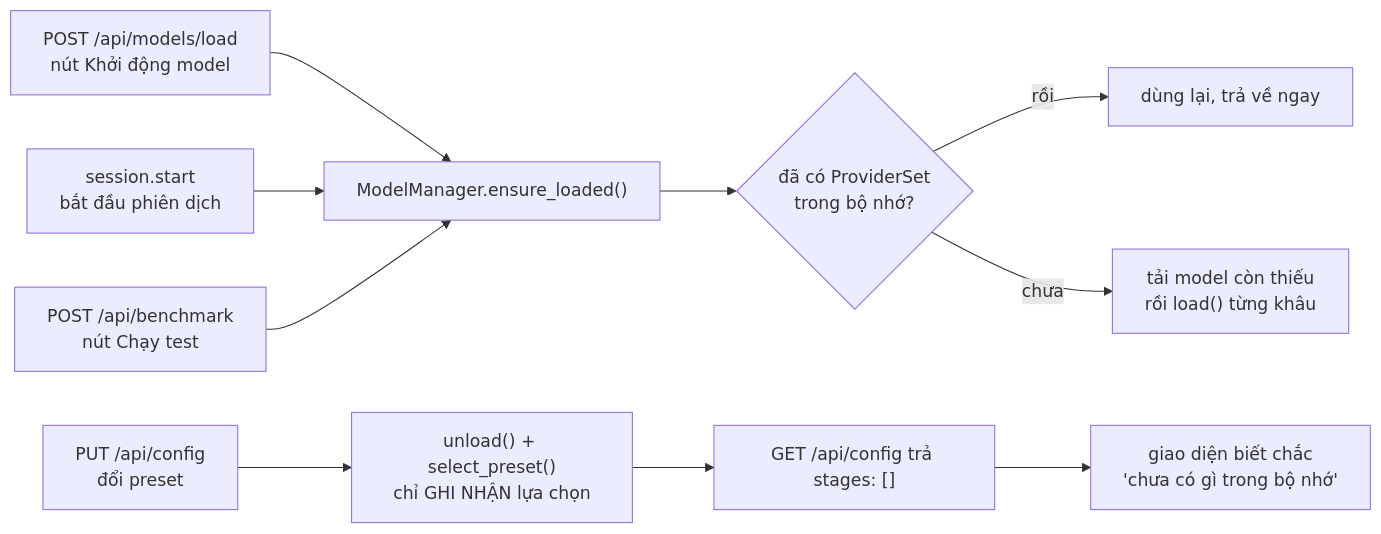
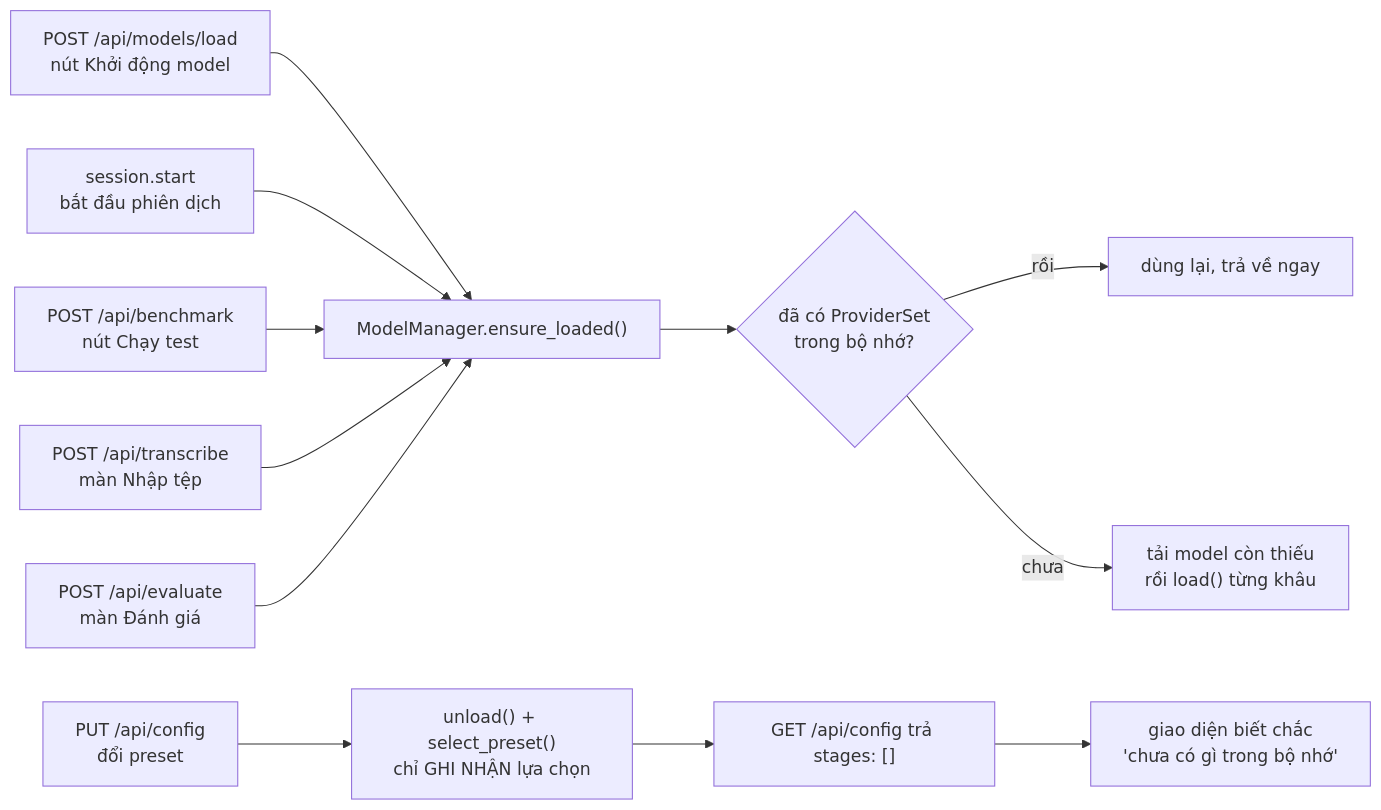
The third of 4 diagrams in apps/ai-service/ARCHITECTURE.md (RokeyHung/local-live-voice-translator), drawn with Mermaid before and after one commit. The commit also changed other lines of this file and 1 other file, not shown here.

First line of the commit message:
fix(docs): sửa hai con số sai trong ARCHITECTURE.md, đếm lại từ code

````diff
--- a/apps/ai-service/ARCHITECTURE.md
+++ b/apps/ai-service/ARCHITECTURE.md
@@ -109,13 +111,15 @@
 ```mermaid
 flowchart LR
     B1["POST /api/models/load<br/>nút Khởi động model"] --> EL
     B2["session.start<br/>bắt đầu phiên dịch"] --> EL
     B3["POST /api/benchmark<br/>nút Chạy test"] --> EL
+    B4["POST /api/transcribe<br/>màn Nhập tệp"] --> EL
+    B5["POST /api/evaluate<br/>màn Đánh giá"] --> EL
     EL["ModelManager.ensure_loaded()"] --> Q{"đã có ProviderSet<br/>trong bộ nhớ?"}
     Q -->|rồi| REUSE["dùng lại, trả về ngay"]
     Q -->|chưa| LOAD["tải model còn thiếu<br/>rồi load() từng khâu"]
 
     CFG["PUT /api/config<br/>đổi preset"] --> SEL["unload() + select_preset()<br/>chỉ GHI NHẬN lựa chọn"]
     SEL --> EMPTY["GET /api/config trả stages: []"]
     EMPTY --> UI["giao diện biết chắc<br/>'chưa có gì trong bộ nhớ'"]
 ```
````
